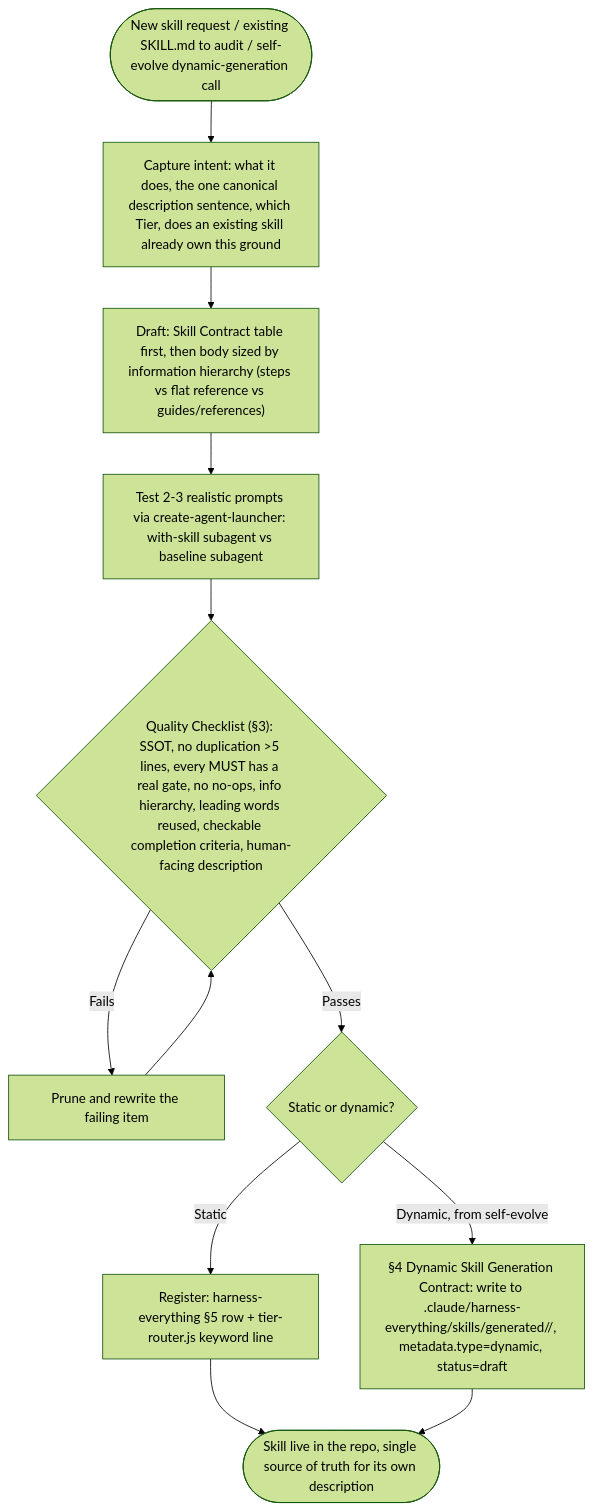
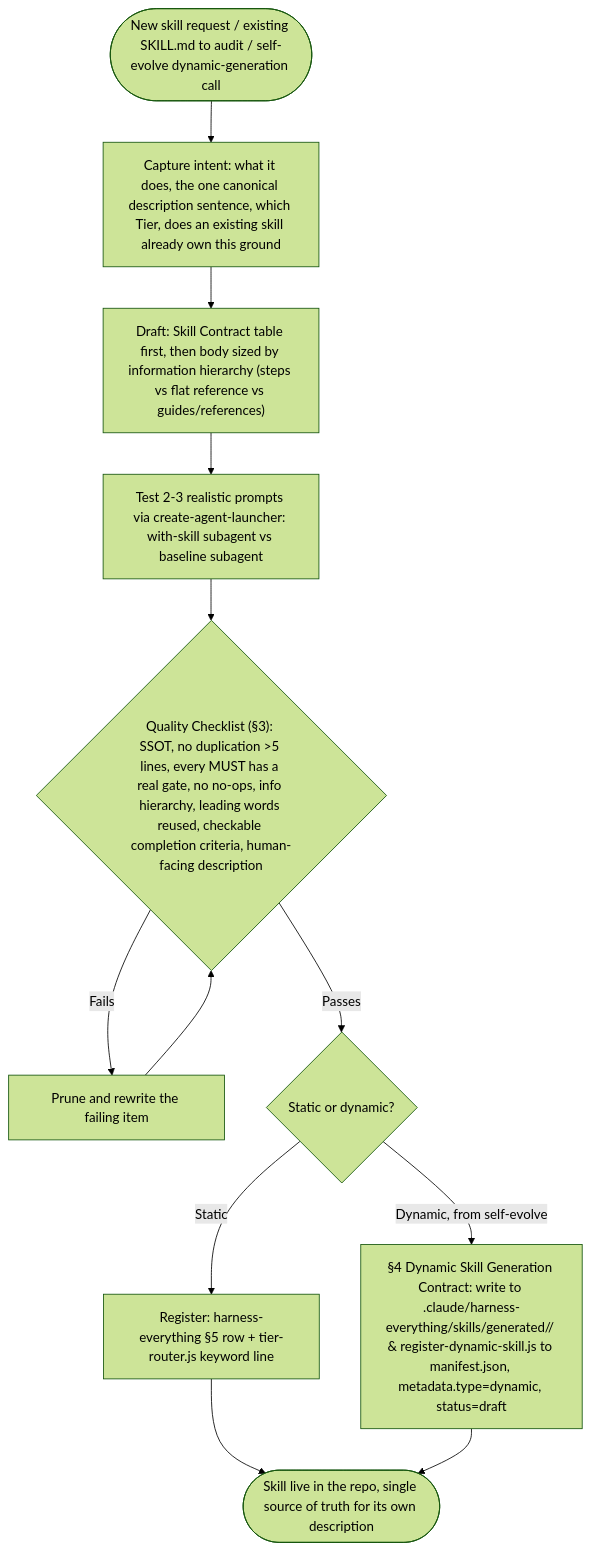
Before and after one commit to dyphn1/Harness-everything: the first of 3 diagrams in docs/workflows/skill-creator.md, drawn with Mermaid (forest theme). The commit also changed other lines of this file and 1 other file, not shown here.

Commit message:
docs(workflows): update self-evolve and skill-creator workflows with manifest registration and auto-discovery paths

````diff
--- a/docs/workflows/skill-creator.md
+++ b/docs/workflows/skill-creator.md
@@ -11,14 +11,14 @@
 ```mermaid
 graph TD
   Start([New skill request / existing SKILL.md to audit / self-evolve dynamic-generation call]) --> Intent["Capture intent: what it does, the one canonical description sentence, which Tier, does an existing skill already own this ground"]
   Intent --> Draft["Draft: Skill Contract table first, then body sized by information hierarchy (steps vs flat reference vs guides/references)"]
   Draft --> Test["Test 2-3 realistic prompts via create-agent-launcher: with-skill subagent vs baseline subagent"]
   Test --> Checklist{"Quality Checklist (§3): SSOT, no duplication >5 lines, every MUST has a real gate, no no-ops, info hierarchy, leading words reused, checkable completion criteria, human-facing description"}
   Checklist -->|Fails| Prune["Prune and rewrite the failing item"]
   Prune --> Checklist
   Checklist -->|Passes| Route{Static or dynamic?}
   Route -->|Static| Register["Register: harness-everything §5 row + tier-router.js keyword line"]
-  Route -->|Dynamic, from self-evolve| DynamicContract["§4 Dynamic Skill Generation Contract: write to .claude/harness-everything/skills/generated/<name>/, metadata.type=dynamic, status=draft"]
+  Route -->|Dynamic, from self-evolve| DynamicContract["§4 Dynamic Skill Generation Contract: write to .claude/harness-everything/skills/generated/<name>/ & register-dynamic-skill.js to manifest.json, metadata.type=dynamic, status=draft"]
   Register --> End([Skill live in the repo, single source of truth for its own description])
   DynamicContract --> End
 ```
````
